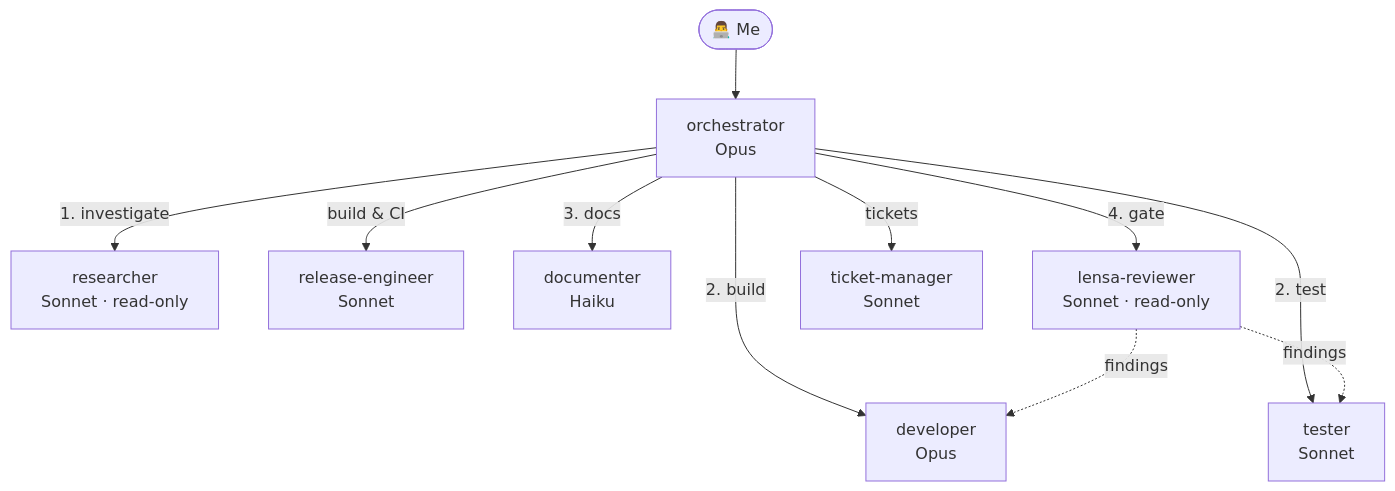
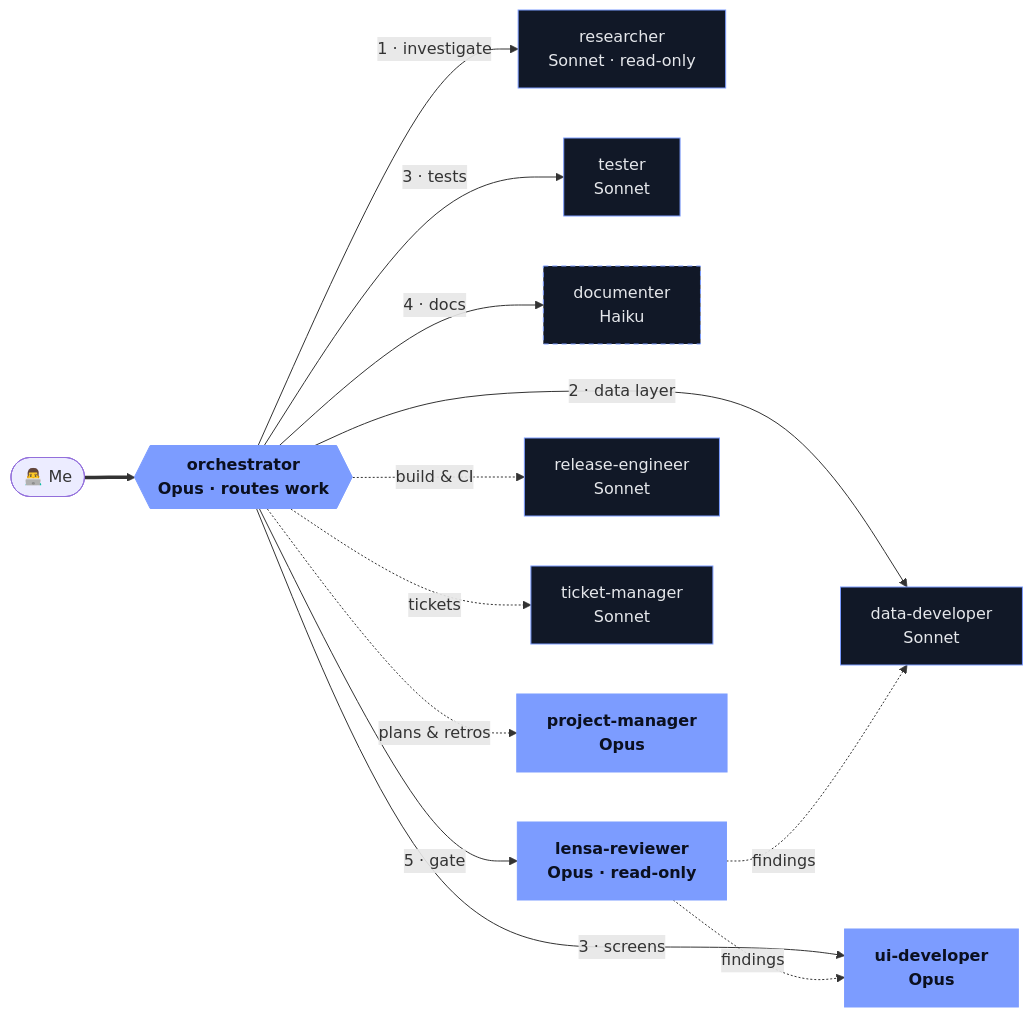
The diagram in README.md (abdur-rohman/abdur-rohman), drawn with Mermaid before and after one commit. The commit also changed other lines of this file, not shown here.

Commit message:
update ai workflow

````diff
--- a/README.md
+++ b/README.md
@@ -67,13 +67,22 @@
 ```mermaid
-flowchart TD
-    Me([👨‍💻 Me]) --> O[orchestrator<br/>Opus]
-    O -->|1. investigate| R[researcher<br/>Sonnet · read-only]
-    O -->|2. build| D[developer<br/>Opus]
-    O -->|2. test| T[tester<br/>Sonnet]
-    O -->|build & CI| RE[release-engineer<br/>Sonnet]
-    O -->|3. docs| DOC[documenter<br/>Haiku]
-    O -->|4. gate| L[lensa-reviewer<br/>Sonnet · read-only]
-    O -->|tickets| TM[ticket-manager<br/>Sonnet]
-    L -. findings .-> D
-    L -. findings .-> T
+flowchart LR
+    Me([👨‍💻 Me]) ==> O{{orchestrator<br/>Opus · routes work}}:::opus
+
+    O -->|1 · investigate| R[researcher<br/>Sonnet · read-only]:::sonnet
+    O -->|2 · data layer| DD[data-developer<br/>Sonnet]:::sonnet
+    O -->|3 · screens| UI[ui-developer<br/>Opus]:::opus
+    O -->|3 · tests| T[tester<br/>Sonnet]:::sonnet
+    O -->|4 · docs| DOC[documenter<br/>Haiku]:::haiku
+    O -->|5 · gate| L[lensa-reviewer<br/>Opus · read-only]:::opus
+
+    O -.->|build & CI| RE[release-engineer<br/>Sonnet]:::sonnet
+    O -.->|tickets| TM[ticket-manager<br/>Sonnet]:::sonnet
+    O -.->|plans & retros| PM[project-manager<br/>Opus]:::opus
+
+    L -. findings .-> UI
+    L -. findings .-> DD
+
+    classDef opus fill:#7c9cff,stroke:#7c9cff,color:#0b1020,font-weight:bold
+    classDef sonnet fill:#111827,stroke:#7c9cff,color:#e5e7eb
+    classDef haiku fill:#111827,stroke:#7c9cff,color:#e5e7eb,stroke-dasharray:5 4
 ```
````
